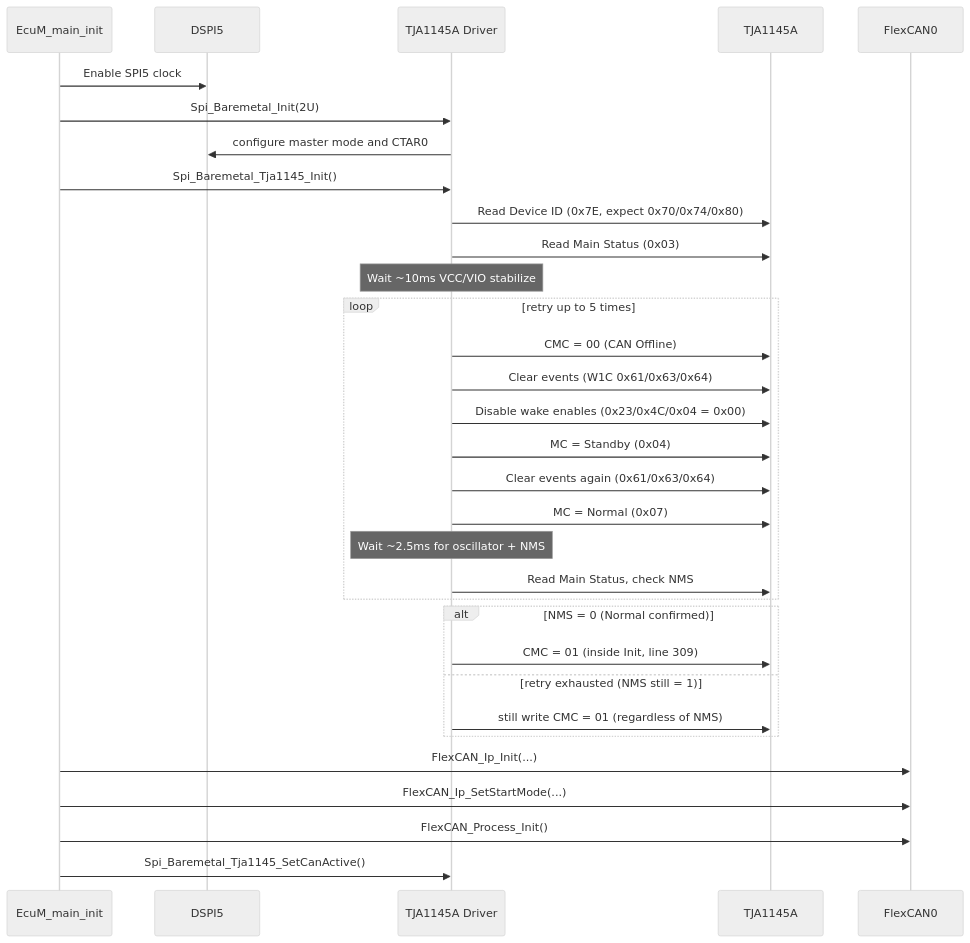
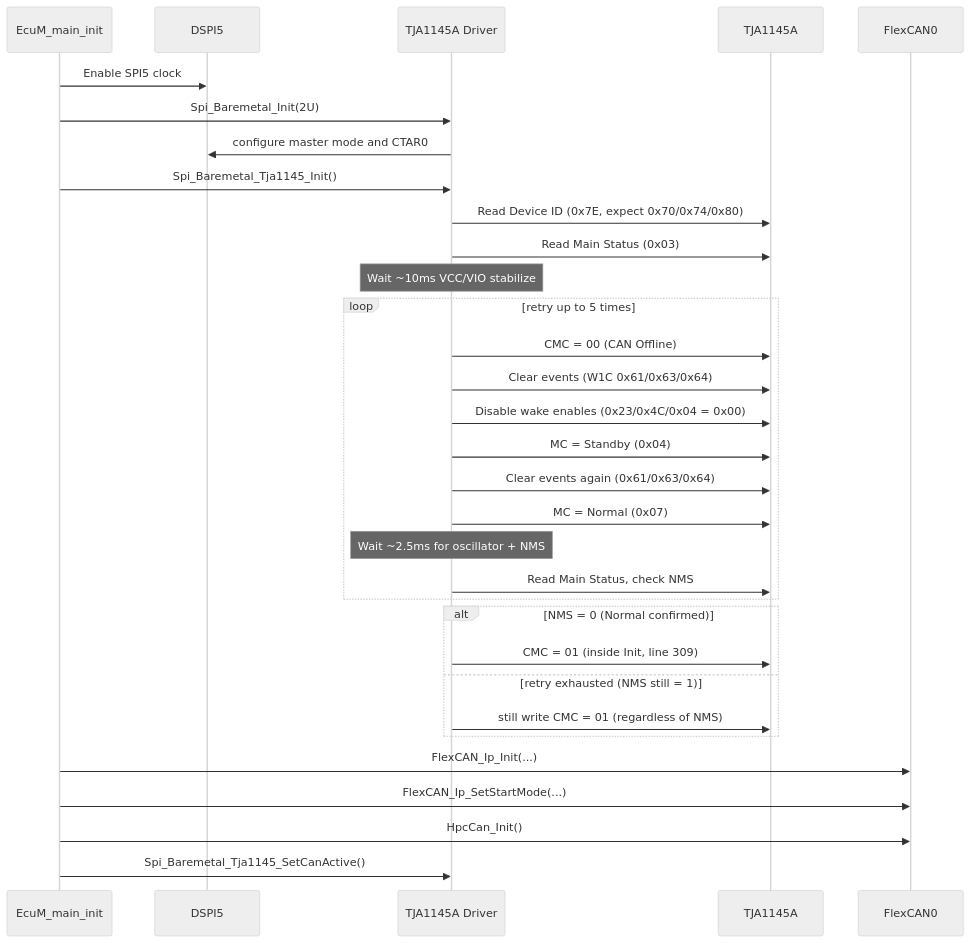
Before and after one commit to 361873098-dot/SDV_PFE_0U0: the fourth of 6 diagrams in work/driver/TJA145A_Spi_Ip/D/TJA1145A_Driver_Design_CN.md, drawn with Mermaid (neutral theme). The commit also changed other lines of this file and 21 other files, not shown here.

````diff
--- a/work/driver/TJA145A_Spi_Ip/D/TJA1145A_Driver_Design_CN.md
+++ b/work/driver/TJA145A_Spi_Ip/D/TJA1145A_Driver_Design_CN.md
@@ -225,38 +225,38 @@
 ```mermaid
 sequenceDiagram
     participant EcuM as EcuM_main_init
     participant DSPI as DSPI5
     participant TJA as TJA1145A Driver
     participant HW as TJA1145A
     participant CAN as FlexCAN0
 
     EcuM->>DSPI: Enable SPI5 clock
     EcuM->>TJA: Spi_Baremetal_Init(2U)
     TJA->>DSPI: configure master mode and CTAR0
 
     EcuM->>TJA: Spi_Baremetal_Tja1145_Init()
     TJA->>HW: Read Device ID (0x7E, expect 0x70/0x74/0x80)
     TJA->>HW: Read Main Status (0x03)
     Note over TJA: Wait ~10ms VCC/VIO stabilize
     loop retry up to 5 times
     TJA->>HW: CMC = 00 (CAN Offline)
     TJA->>HW: Clear events (W1C 0x61/0x63/0x64)
     TJA->>HW: Disable wake enables (0x23/0x4C/0x04 = 0x00)
     TJA->>HW: MC = Standby (0x04)
     TJA->>HW: Clear events again (0x61/0x63/0x64)
     TJA->>HW: MC = Normal (0x07)
     Note over TJA: Wait ~2.5ms for oscillator + NMS
     TJA->>HW: Read Main Status, check NMS
     end
 
     alt NMS = 0 (Normal confirmed)
         TJA->>HW: CMC = 01 (inside Init, line 309)
     else retry exhausted (NMS still = 1)
         TJA->>HW: still write CMC = 01 (regardless of NMS)
     end
 
     EcuM->>CAN: FlexCAN_Ip_Init(...)
     EcuM->>CAN: FlexCAN_Ip_SetStartMode(...)
-    EcuM->>CAN: FlexCAN_Process_Init()
+    EcuM->>CAN: HpcCan_Init()
     EcuM->>TJA: Spi_Baremetal_Tja1145_SetCanActive()
 ```
````
